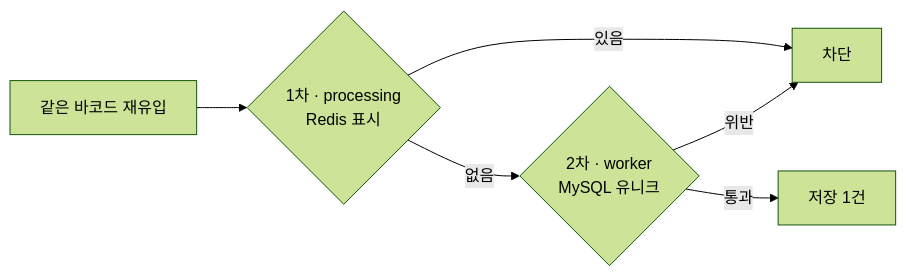
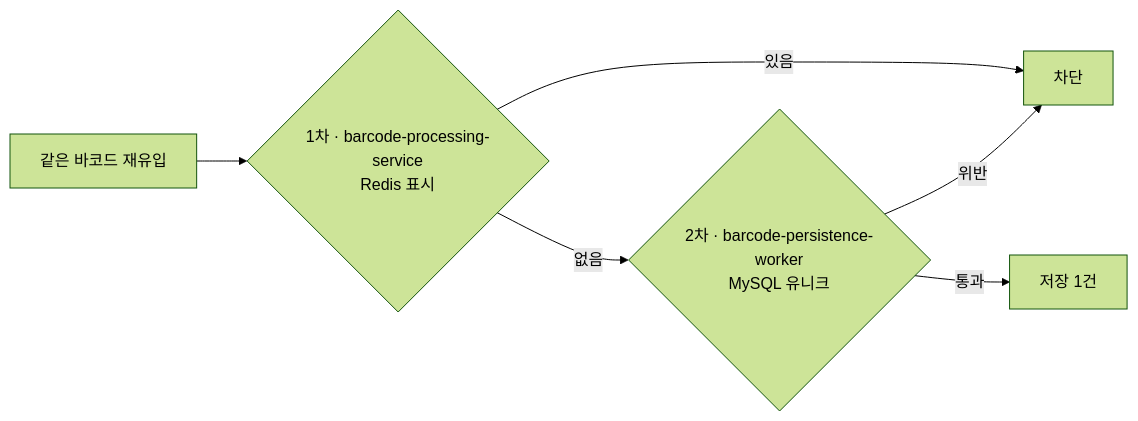
One commit to buss-sooin/barcode-ingest-pipeline changed the second of 2 diagrams in README.md. Above: the diagram before and after it, drawn with Mermaid (forest theme). The commit also changed other lines of this file, not shown here.

````diff
--- a/README.md
+++ b/README.md
@@ -119,8 +122,8 @@
 ```mermaid
 flowchart LR
-  A[같은 바코드 재유입] --> B{1차 · processing<br/>Redis 표시}
+  A[같은 바코드 재유입] --> B{1차 · barcode-processing-service<br/>Redis 표시}
   B -- 있음 --> S[차단]
-  B -- 없음 --> C{2차 · worker<br/>MySQL 유니크}
+  B -- 없음 --> C{2차 · barcode-persistence-worker<br/>MySQL 유니크}
   C -- 위반 --> S
   C -- 통과 --> D[저장 1건]
 ```
````
